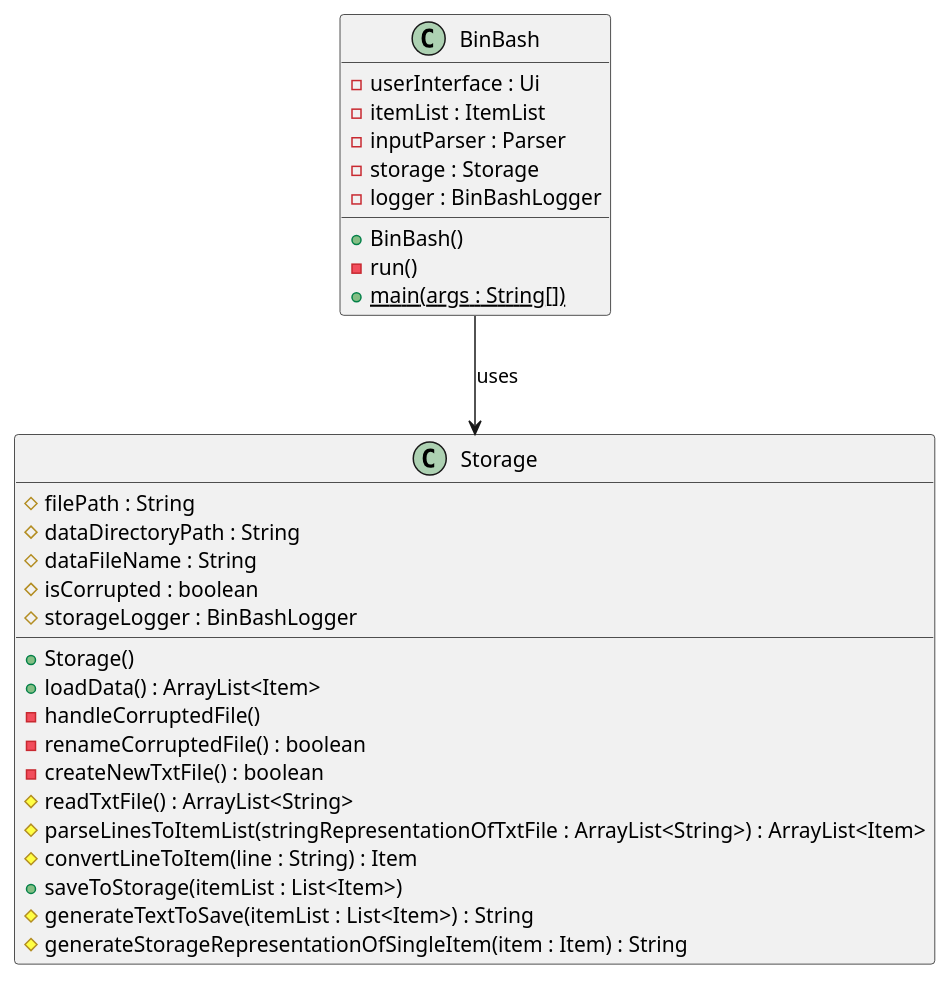
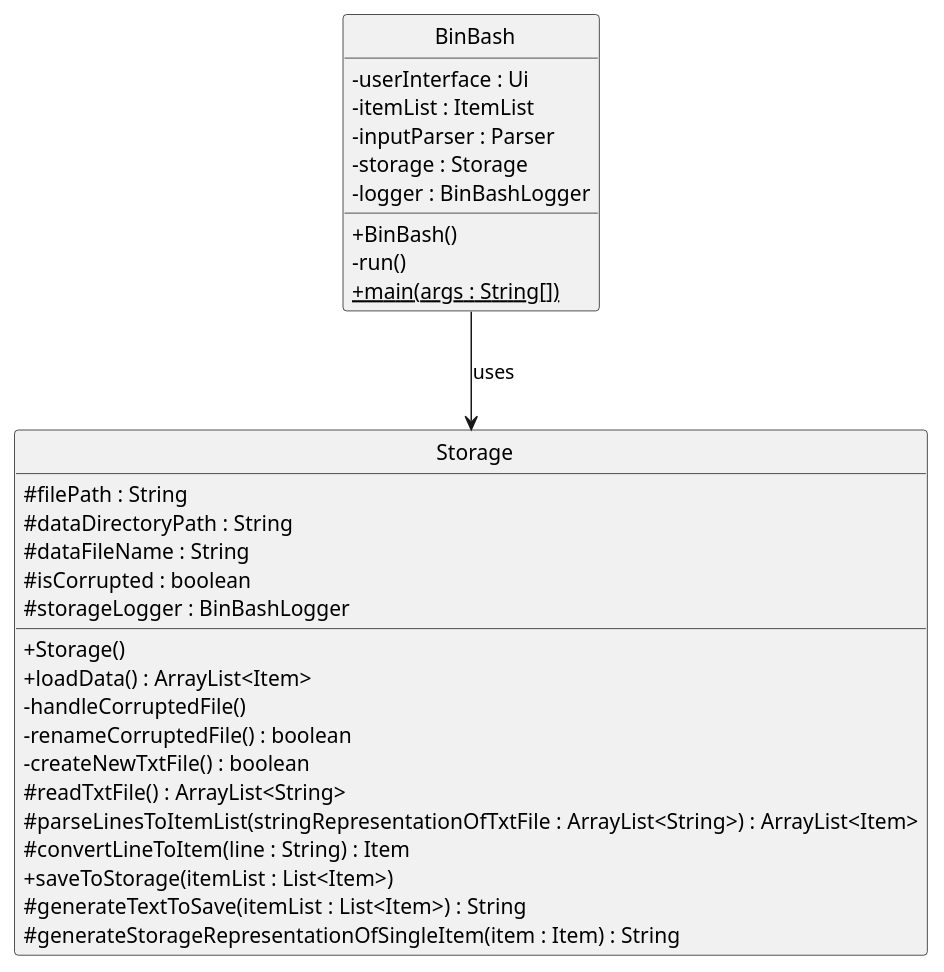
One commit to AY2324S2-CS2113T-T09-2/tp changed the diagram in docs/diagrams/StorageClassDiagram.puml. Above: the diagram before and after it, drawn with PlantUML. The commit also changed 21 other files, not shown here.

Commit message:
Enforce UML formatting to be consistent with course requirements

```diff
--- a/docs/diagrams/StorageClassDiagram.puml
+++ b/docs/diagrams/StorageClassDiagram.puml
@@ -1,39 +1,44 @@
 @startuml
+
+skinparam classAttributeIconSize 0
+skinparam CircledCharacterFontSize 0
+skinparam CircledCharacterRadius 0
+
 class BinBash {
 
     - userInterface : Ui
     - itemList : ItemList
     - inputParser : Parser
     - storage : Storage
     - logger : BinBashLogger
 
     + {method} BinBash()
     - {method} run()
     + {static} main(args : String[])
 
 }
 
 class Storage {
 
     # filePath : String
     # dataDirectoryPath : String
     # dataFileName : String
     # isCorrupted : boolean
     # storageLogger : BinBashLogger
 
     + {method} Storage()
     + {method} loadData() : ArrayList<Item>
     - {method} handleCorruptedFile()
     - {method} renameCorruptedFile() : boolean
     - {method} createNewTxtFile() : boolean
     # {method} readTxtFile() : ArrayList<String>
     # {method} parseLinesToItemList(stringRepresentationOfTxtFile : ArrayList<String>) : ArrayList<Item>
     # {method} convertLineToItem(line : String) : Item
     + {method} saveToStorage(itemList : List<Item>)
     # {method} generateTextToSave(itemList : List<Item>) : String
     # {method} generateStorageRepresentationOfSingleItem(item : Item) : String
 
 }
 
 BinBash --> Storage : uses
 @enduml
```
